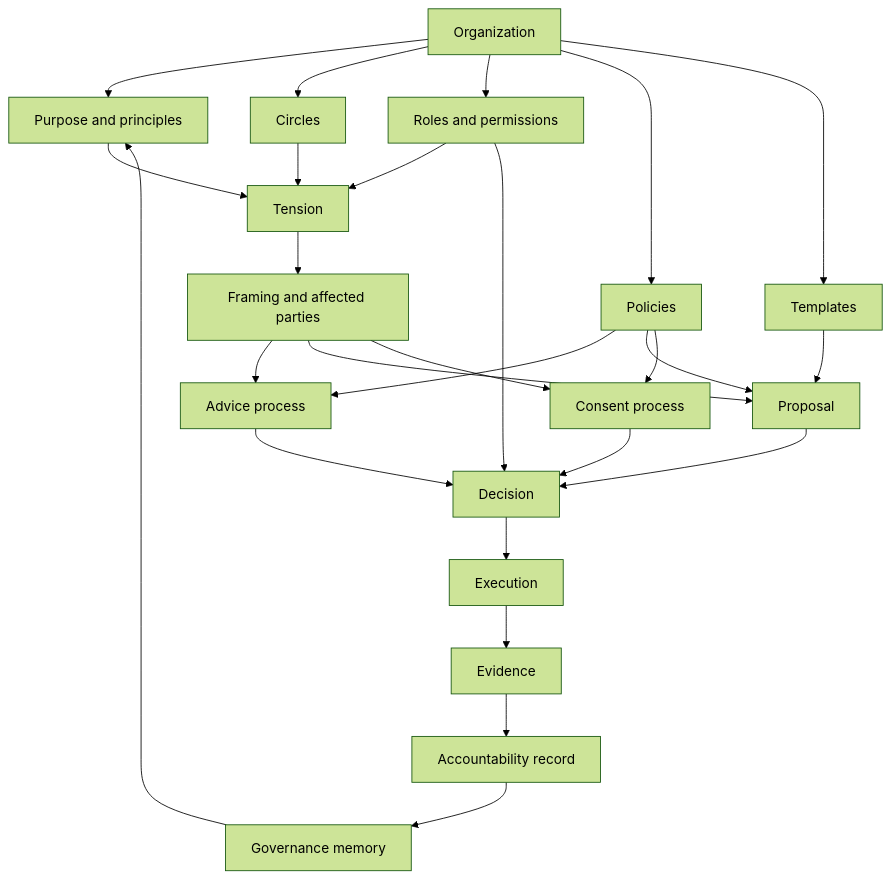
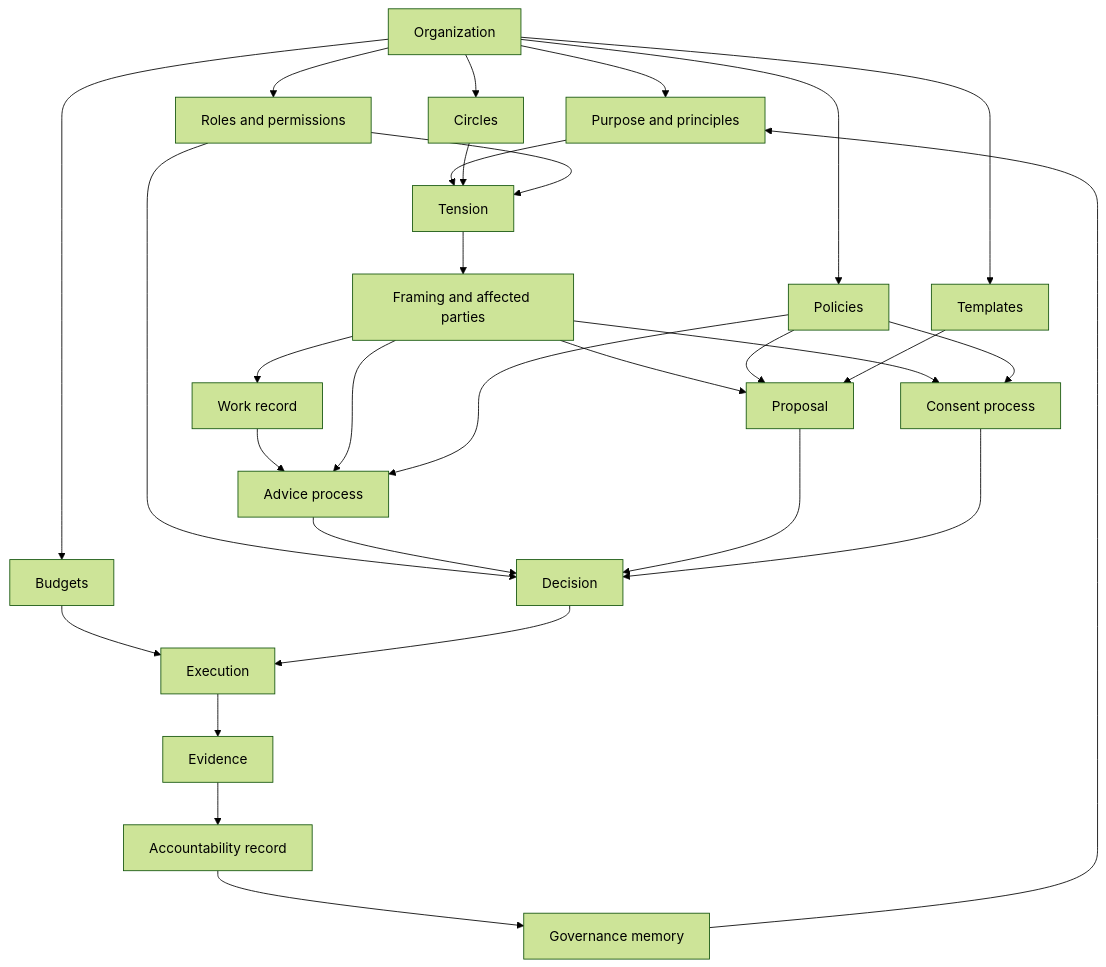
One commit to isoniaos/docs changed the first of 3 diagrams in site/whitepaper.md. Above: the diagram before and after it, drawn with Mermaid (forest theme). The commit also changed other lines of this file and 13 other files, not shown here.

````diff
--- a/site/whitepaper.md
+++ b/site/whitepaper.md
@@ -158,28 +369,32 @@
 ```mermaid
 flowchart TD
   Org["Organization"] --> Purpose["Purpose and principles"]
   Org --> Circles["Circles"]
+  Org --> Budgets["Budgets"]
   Org --> Roles["Roles and permissions"]
   Org --> Policies["Policies"]
   Org --> Templates["Templates"]
   Purpose --> Tension["Tension"]
   Circles --> Tension
   Roles --> Tension
   Tension --> Framing["Framing and affected parties"]
-  Framing --> Advice["Advice process"]
+  Budgets --> Execution
+  Framing --> Work["Work record"]
+  Work --> Advice["Advice process"]
+  Framing --> Advice
   Framing --> Proposal["Proposal"]
   Framing --> Consent["Consent process"]
   Policies --> Advice
   Policies --> Proposal
   Policies --> Consent
   Templates --> Proposal
   Roles --> Decision["Decision"]
   Advice --> Decision
   Proposal --> Decision
   Consent --> Decision
   Decision --> Execution["Execution"]
   Execution --> Evidence["Evidence"]
   Evidence --> Accountability["Accountability record"]
   Accountability --> Memory["Governance memory"]
   Memory --> Purpose
 ```
````
